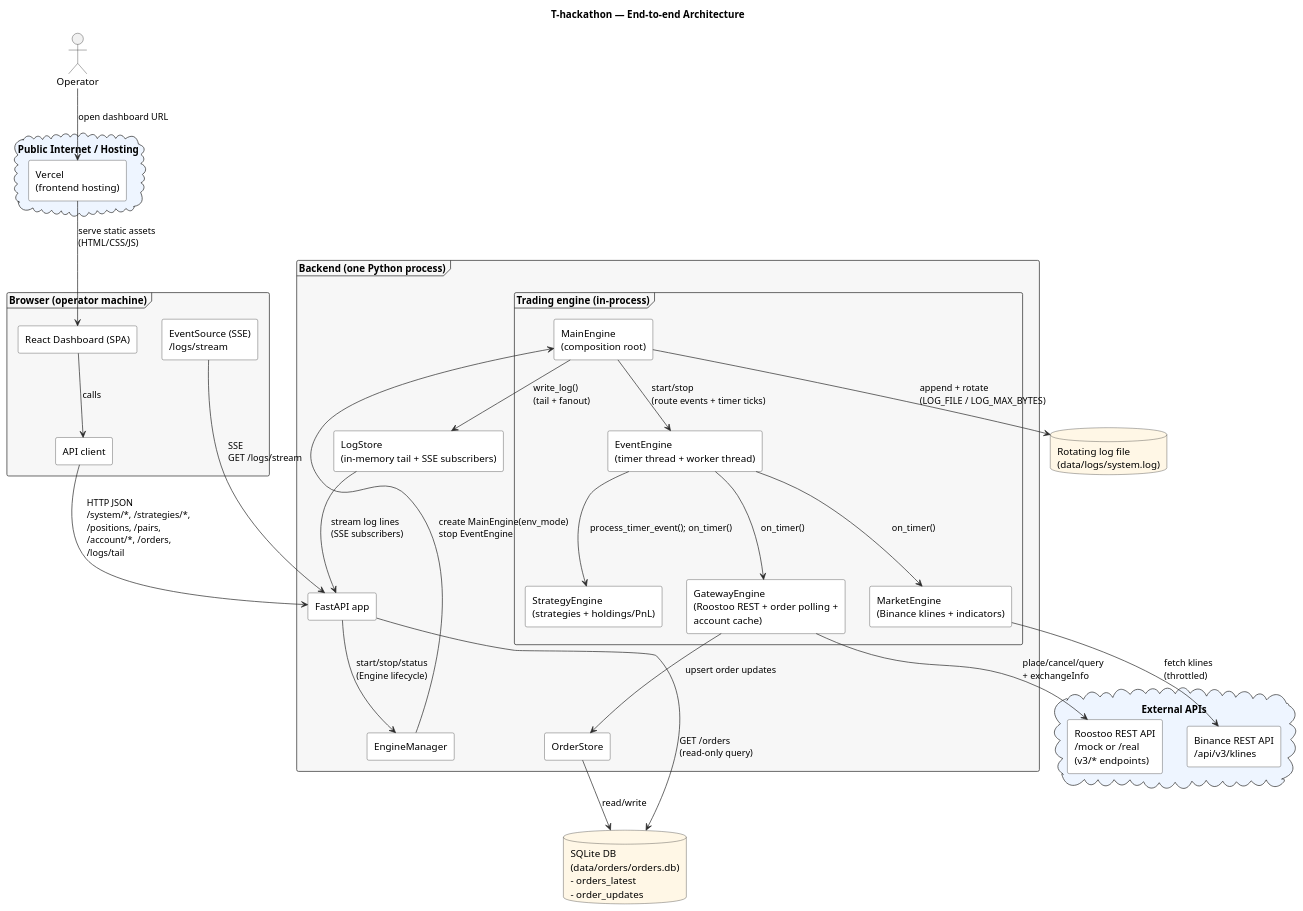
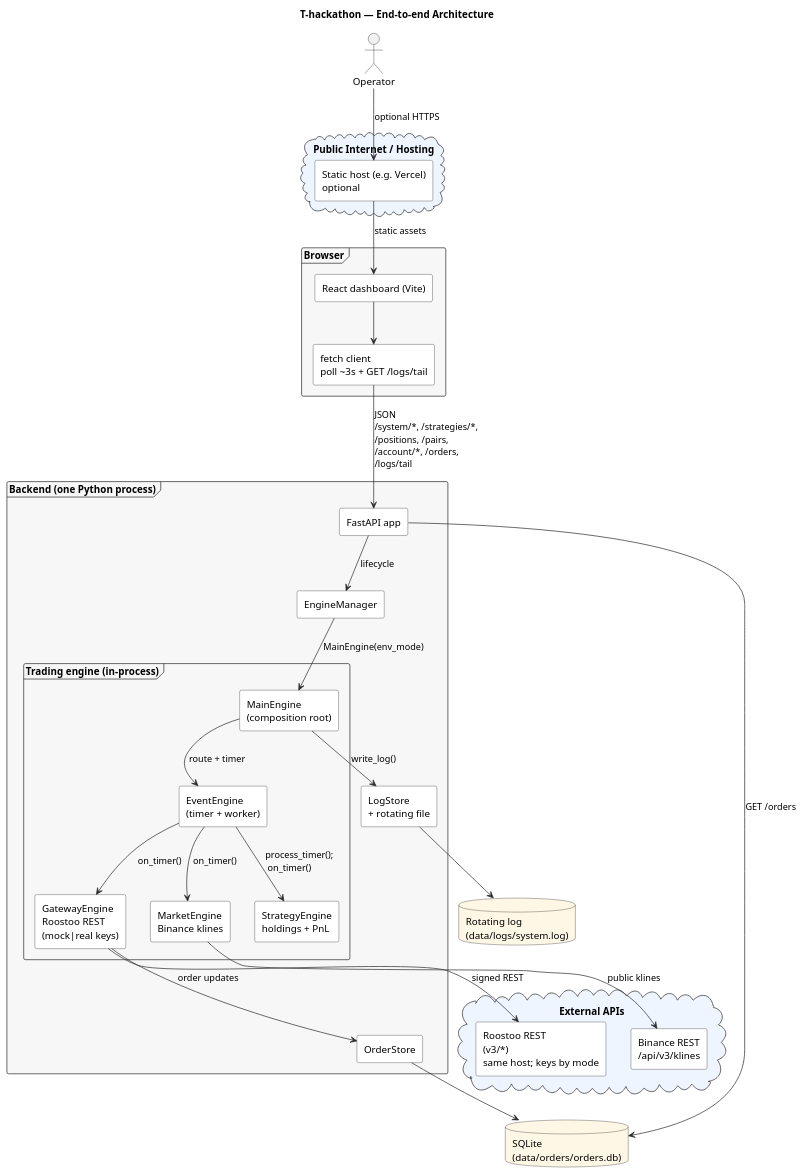
Before and after one commit to DuFanYin/T-hackathon: the diagram in doc/ARCHITECTURE.puml, drawn with PlantUML. The commit also changed 12 other files, not shown here.

```diff
--- a/doc/ARCHITECTURE.puml
+++ b/doc/ARCHITECTURE.puml
@@ -1,98 +1,95 @@
 @startuml
-' T-hackathon — whole-project architecture (current)
-' Render with any PlantUML viewer.
+' T-hackathon — architecture (current)
+' Regenerate SVG: plantuml doc/ARCHITECTURE.puml
 
 skinparam shadowing false
 skinparam componentStyle rectangle
 skinparam defaultTextAlignment left
 skinparam wrapWidth 240
 
 skinparam ArrowColor #2B2B2B
 skinparam ArrowThickness 1
 
 skinparam rectangle {
   BackgroundColor #FFFFFF
   BorderColor #2B2B2B
 }
 
 skinparam database {
   BackgroundColor #FFF7E6
   BorderColor #2B2B2B
 }
 
 skinparam cloud {
   BackgroundColor #EEF5FF
   BorderColor #2B2B2B
 }
 
 skinparam frame {
   BackgroundColor #F7F7F7
   BorderColor #2B2B2B
 }
 
 title T-hackathon — End-to-end Architecture
 
 actor Operator as op
 
 cloud "Public Internet / Hosting" as hosting {
-  rectangle "Vercel\n(frontend hosting)" as vercel
+  rectangle "Static host (e.g. Vercel)\noptional" as vercel
 }
 
-frame "Browser (operator machine)" as browser {
-  rectangle "React Dashboard (SPA)" as ui
-  rectangle "API client" as ui_api
-  rectangle "EventSource (SSE)\n/logs/stream" as sse
+frame "Browser" as browser {
+  rectangle "React dashboard (Vite)" as ui
+  rectangle "fetch client\npoll ~3s + GET /logs/tail" as ui_api
 }
 
 frame "Backend (one Python process)" as backend {
   rectangle "FastAPI app" as fastapi
   rectangle "EngineManager" as mgr
 
   frame "Trading engine (in-process)" as engine {
     rectangle "MainEngine\n(composition root)" as main
-    rectangle "EventEngine\n(timer thread + worker thread)" as event
+    rectangle "EventEngine\n(timer + worker)" as event
 
-    rectangle "GatewayEngine\n(Roostoo REST + order polling + account cache)" as gateway
-    rectangle "MarketEngine\n(Binance klines + indicators)" as market
-    rectangle "StrategyEngine\n(strategies + holdings/PnL)" as strat
+    rectangle "GatewayEngine\nRoostoo REST\n(mock|real keys)" as gateway
+    rectangle "MarketEngine\nBinance klines" as market
+    rectangle "StrategyEngine\nholdings + PnL" as strat
   }
 
   rectangle "OrderStore" as order_store
-  rectangle "LogStore\n(in-memory tail + SSE subscribers)" as log_store
+  rectangle "LogStore\n+ rotating file" as log_store
 }
 
-database "SQLite DB\n(data/orders/orders.db)\n- orders_latest\n- order_updates" as sqlite
-database "Rotating log file\n(data/logs/system.log)" as log_file
+database "SQLite\n(data/orders/orders.db)" as sqlite
+database "Rotating log\n(data/logs/system.log)" as log_file
 
 cloud "External APIs" as external {
-  rectangle "Roostoo REST API\n/mock or /real\n(v3/* endpoints)" as roostoo
-  rectangle "Binance REST API\n/api/v3/klines" as binance
+  rectangle "Roostoo REST\n(v3/*)\nsame host; keys by mode" as roostoo
+  rectangle "Binance REST\n/api/v3/klines" as binance
 }
 
-op --> vercel : open dashboard URL
-vercel --> ui : serve static assets\n(HTML/CSS/JS)
+op --> vercel : optional HTTPS
+vercel --> ui : static assets
 
-ui --> ui_api : calls
-ui_api --> fastapi : HTTP JSON\n/system/*, /strategies/*,\n/positions, /pairs,\n/account/*, /orders,\n/logs/tail
-sse --> fastapi : SSE\nGET /logs/stream
+ui --> ui_api
+ui_api --> fastapi : JSON\n/system/*, /strategies/*,\n/positions, /pairs,\n/account/*, /orders,\n/logs/tail
 
-fastapi --> mgr : start/stop/status\n(Engine lifecycle)
-mgr --> main : create MainEngine(env_mode)\nstop EventEngine
+fastapi --> mgr : lifecycle
+mgr --> main : MainEngine(env_mode)
 
-main --> event : start/stop\n(route events + timer ticks)
+main --> event : route + timer
 event --> market : on_timer()
 event --> gateway : on_timer()
-event --> strat : process_timer_event(); on_timer()
+event --> strat : process_timer();\n on_timer()
 
-main --> log_store : write_log()\n(tail + fanout)
-log_store --> fastapi : stream log lines\n(SSE subscribers)
-main --> log_file : append + rotate\n(LOG_FILE / LOG_MAX_BYTES)
+main --> log_store : write_log()
+log_store --> log_file
 
-gateway --> roostoo : place/cancel/query\n+ exchangeInfo
-market --> binance : fetch klines\n(throttled)
+gateway --> roostoo : signed REST
+market --> binance : public klines
 
-gateway --> order_store : upsert order updates
-order_store --> sqlite : read/write
-fastapi --> sqlite : GET /orders\n(read-only query)
+gateway --> order_store : order updates
+order_store --> sqlite
+fastapi --> sqlite : GET /orders
 
 @enduml
```
